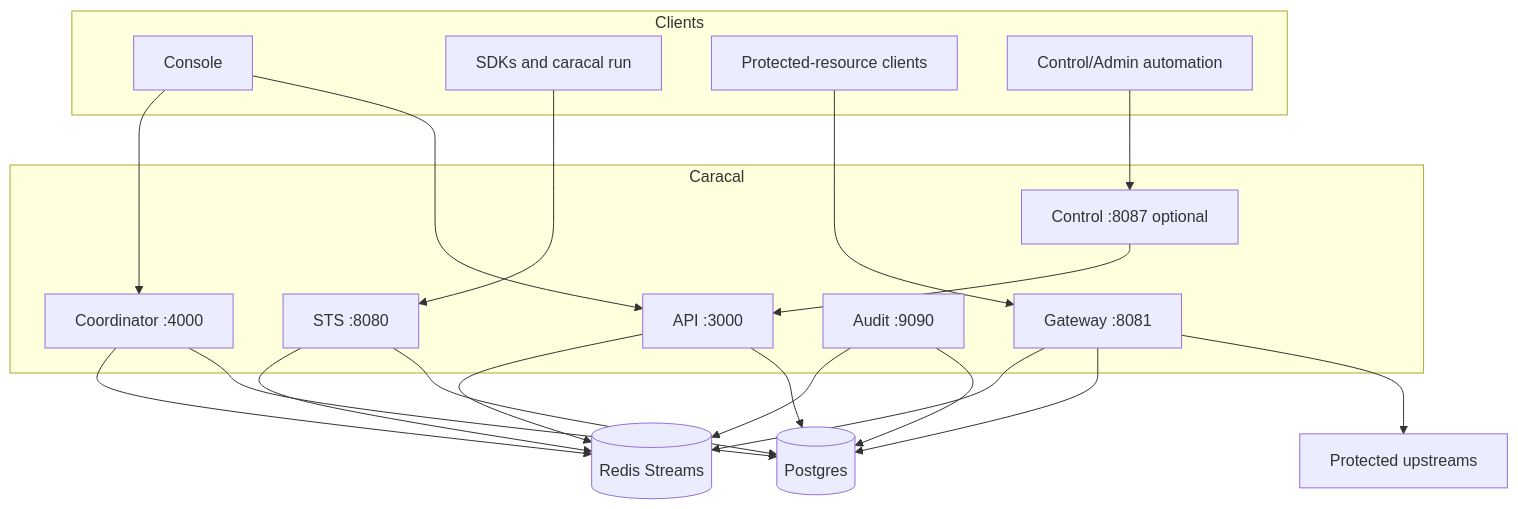
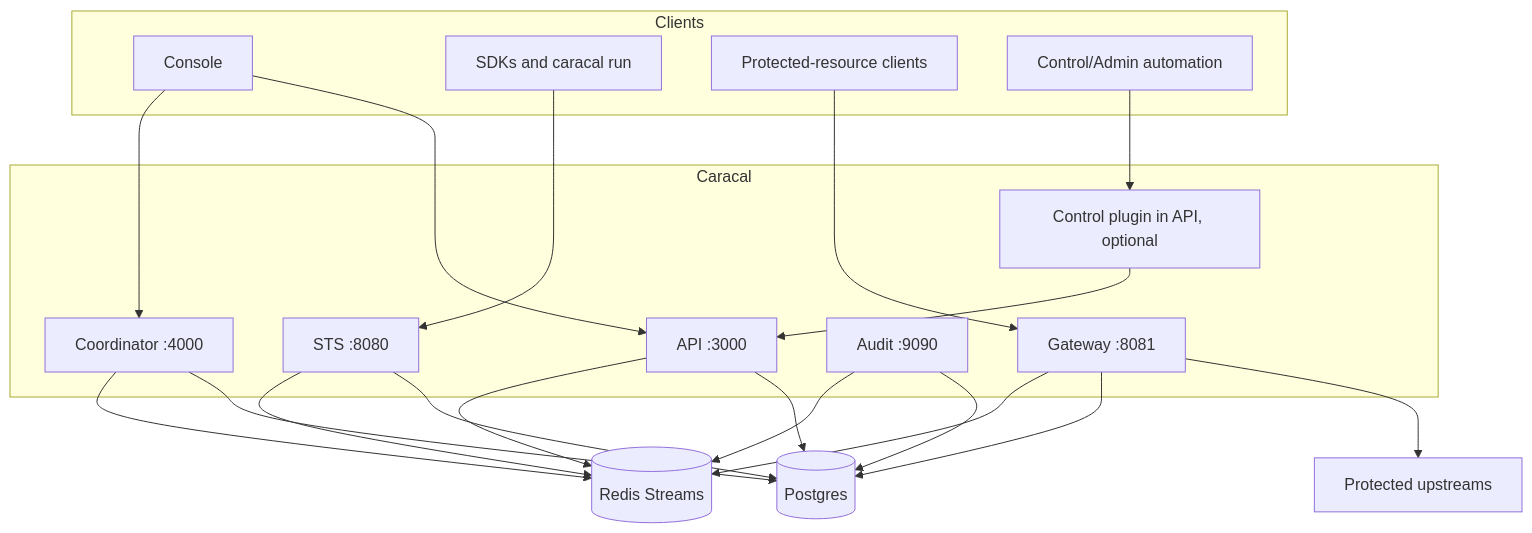
One commit to Ashutoshx7/caracal changed the diagram in docs/src/content/docs/architecture/system-topology.mdx. Above: the diagram before and after it, drawn with Mermaid. The commit also changed 4 other files, not shown here.

````diff
--- a/docs/src/content/docs/architecture/system-topology.mdx
+++ b/docs/src/content/docs/architecture/system-topology.mdx
@@ -11,40 +11,40 @@
 ```mermaid
 flowchart TB
   subgraph Clients
     Console[Console]
     SDK[SDKs and caracal run]
     ResourceClient[Protected-resource clients]
     Automation[Control/Admin automation]
   end
 
   subgraph Caracal
     API[API :3000]
     STS[STS :8080]
     Gateway[Gateway :8081]
     Audit[Audit :9090]
     Coordinator[Coordinator :4000]
-    Control[Control :8087 optional]
+    Control[Control plugin in API, optional]
   end
 
   Postgres[(Postgres)]
   Redis[(Redis Streams)]
   Upstream[Protected upstreams]
 
   Console --> API
   Console --> Coordinator
   SDK --> STS
   ResourceClient --> Gateway
   Automation --> Control
   Control --> API
   Gateway --> Upstream
   API --> Postgres
   STS --> Postgres
   Gateway --> Postgres
   Audit --> Postgres
   Coordinator --> Postgres
   API --> Redis
   STS --> Redis
   Gateway --> Redis
   Audit --> Redis
   Coordinator --> Redis
 ```
````
